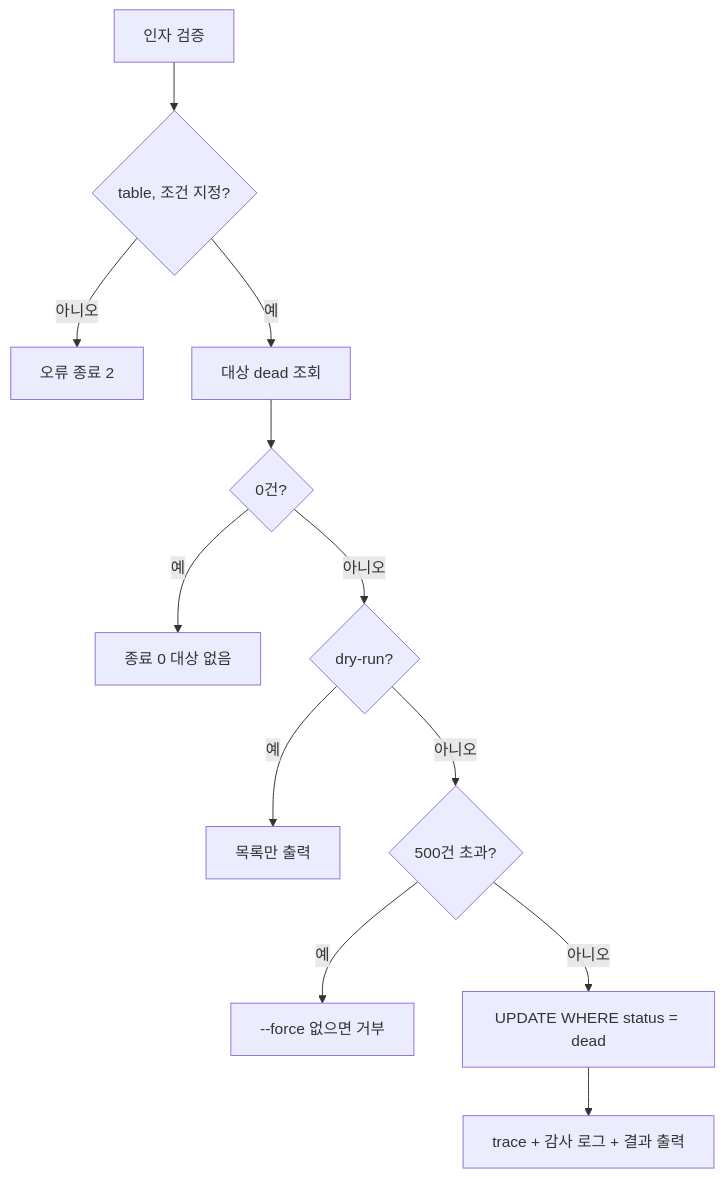
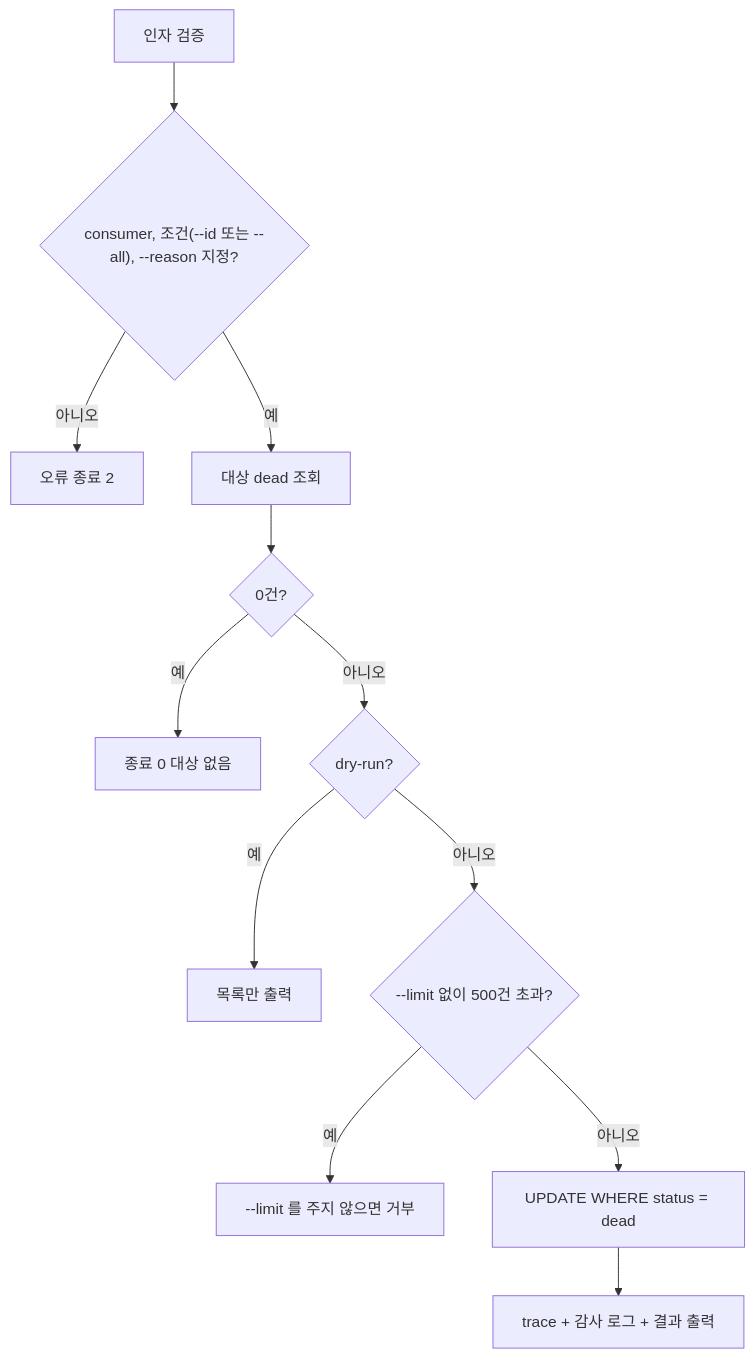
Diagram 28 of 47 in docs/design/features/13-events-pipeline.md (1985jwlee/portpolio_backend), drawn with Mermaid before and after one commit. The commit also changed other lines of this file and 33 other files, not shown here.

````diff
--- a/docs/design/features/13-events-pipeline.md
+++ b/docs/design/features/13-events-pipeline.md
@@ -1249,14 +1274,14 @@
 ```mermaid
 flowchart TD
-    A["인자 검증"] --> B{"table, 조건 지정?"}
+    A["인자 검증"] --> B{"consumer, 조건(--id 또는 --all), --reason 지정?"}
     B -- "아니오" --> E["오류 종료 2"]
     B -- "예" --> C["대상 dead 조회"]
     C --> D{"0건?"}
     D -- "예" --> F["종료 0 대상 없음"]
     D -- "아니오" --> G{"dry-run?"}
     G -- "예" --> H["목록만 출력"]
-    G -- "아니오" --> I{"500건 초과?"}
-    I -- "예" --> J["--force 없으면 거부"]
+    G -- "아니오" --> I{"--limit 없이 500건 초과?"}
+    I -- "예" --> J["--limit 를 주지 않으면 거부"]
     I -- "아니오" --> K["UPDATE WHERE status = dead"]
     K --> L["trace + 감사 로그 + 결과 출력"]
 ```
````
